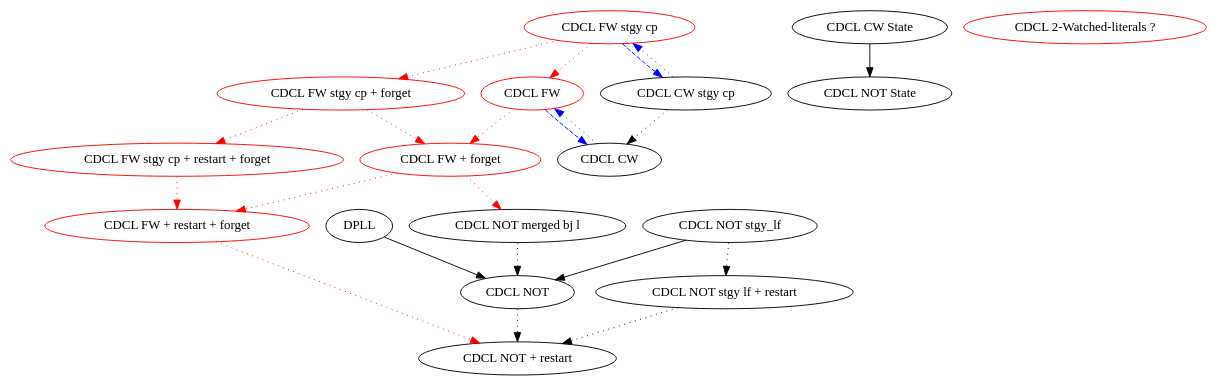
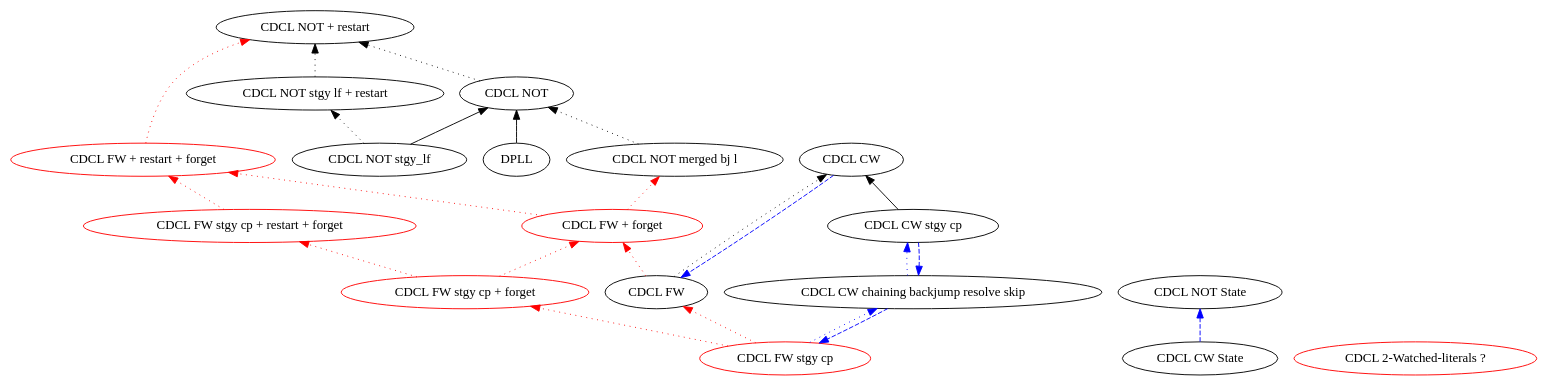
One commit to IsaFoL/IsaFoL changed the diagram in Weidenbach_Book/CDCL.dot. Above: the diagram before and after it, drawn with Graphviz.

Commit message:
improving dot file

```diff
--- a/Weidenbach_Book/CDCL.dot
+++ b/Weidenbach_Book/CDCL.dot
@@ -1,54 +1,65 @@
 //dot -o CDCL.pdf -Tpdf CDCL.dot
 digraph CDCL {
-	CDCL_NOT_restart [label = "CDCL NOT + restart"];
-	CDCL_NOT [label = "CDCL NOT"];
-	CDCL_NOT_stgy [label = "CDCL NOT stgy_lf"];
-	CDCL_NOT_stgy_restart[label = "CDCL NOT stgy lf + restart"];
-	CDCL_NOT_merged [label = "CDCL NOT merged bj l"];
-	DPLL [label = "DPLL"];
+  rankdir=BT;
+  subgraph cw {
+    style=invisible;
+  	CDCL_NOT_restart [label = "CDCL NOT + restart"];
+  	CDCL_NOT [label = "CDCL NOT"];
+  	CDCL_NOT_stgy [label = "CDCL NOT stgy_lf"];
+  	CDCL_NOT_stgy_restart[label = "CDCL NOT stgy lf + restart"];
+  	CDCL_NOT_merged [label = "CDCL NOT merged bj l"];
+  	DPLL [label = "DPLL"];
+  }
 
 	CDCL_NOT_stgy -> CDCL_NOT;
 	CDCL_NOT -> CDCL_NOT_restart [style = dotted];
 	CDCL_NOT_stgy -> CDCL_NOT_stgy_restart [style = dotted];
 	CDCL_NOT_stgy_restart -> CDCL_NOT_restart [style = dotted];
 	DPLL -> CDCL_NOT;
 
 	CDCL_NOT_merged -> CDCL_NOT [style =dotted];
 
+	subgraph fw {
+    style=invisible;
+    CDCL_FW [label="CDCL FW"];
+	  CDCL_FW_stgy [label="CDCL FW stgy cp", color=red];
+	  CDCL_FW_forget [label="CDCL FW + forget", color=red];
+	  CDCL_FW_stgy_forget [label="CDCL FW stgy cp + forget", color=red];
 
-   	CDCL_FW [label="CDCL FW", color=red];
-	CDCL_FW_stgy [label="CDCL FW stgy cp", color=red];
-	CDCL_FW_forget [label="CDCL FW + forget", color=red];
-	CDCL_FW_stgy_forget [label="CDCL FW stgy cp + forget", color=red];
-
-	CDCL_FW_restart_forget [label = "CDCL FW + restart + forget", color=red];
-	CDCL_FW_stgy_restart_forget [label = "CDCL FW stgy cp + restart + forget", color=red];
+	  CDCL_FW_restart_forget [label = "CDCL FW + restart + forget", color=red];
+	  CDCL_FW_stgy_restart_forget [label = "CDCL FW stgy cp + restart + forget", color=red];
+	}
 
 	CDCL_FW_stgy_forget -> CDCL_FW_stgy_restart_forget -> CDCL_FW_restart_forget [style
 	= dotted, color=red];
 	CDCL_FW_forget -> CDCL_NOT_merged [style = dotted, color=red];
 	CDCL_FW_stgy_forget -> CDCL_FW_forget [style = dotted, color=red];
 	CDCL_FW_forget -> CDCL_FW_restart_forget [style = dotted, color=red];
 	CDCL_FW_restart_forget -> CDCL_NOT_restart [style = dotted, color =red];
         CDCL_FW_stgy -> CDCL_FW_stgy_forget [style=dotted, color=red];
 	CDCL_FW -> CDCL_FW_forget [style=dotted, color=red];
 	CDCL_FW_stgy ->  CDCL_FW[style=dotted, color=red];
 
 	CDCL_CW [label = "CDCL CW"];
 	CDCL_CW_stgy [label = "CDCL CW stgy cp"];
-	CDCL_CW_stgy -> CDCL_CW[style=dotted];
-	CDCL_CW -> CDCL_FW[color=blue, style=dotted];
-	CDCL_FW -> CDCL_CW[color=blue, style=dashed];
+	CDCL_CW_stgy_merge_bj[label = "CDCL CW chaining backjump resolve skip"];
+	CDCL_CW_stgy -> CDCL_CW;
+	CDCL_CW -> CDCL_FW[color=blue, style=dashed];
+	CDCL_FW -> CDCL_CW[style=dotted];
 
-	CDCL_CW_stgy -> CDCL_FW_stgy[color=blue, style=dotted];
-	CDCL_FW_stgy -> CDCL_CW_stgy[color=blue, style=dashed];
+	CDCL_CW_stgy -> CDCL_CW_stgy_merge_bj -> CDCL_FW_stgy[color=blue, style=dashed];
+	CDCL_FW_stgy -> CDCL_CW_stgy_merge_bj -> CDCL_CW_stgy[color=blue, style=dotted];
 
 
-	CDCL_NOT_state [label = "CDCL NOT State"];
-	CDCL_CW_state [label = "CDCL CW State"];
+	subgraph state {
+    style=invisible;
+    CDCL_NOT_state [label = "CDCL NOT State"];
+    CDCL_CW_state [label = "CDCL CW State"];
+  }
 
-	CDCL_CW_state -> CDCL_NOT_state;
-	
+  CDCL_CW_state -> CDCL_NOT_state[style=dashed, color = blue];
+
+
 	CDCL_WL [label = "CDCL 2-Watched-literals ?", color = red];
 
 }
```
